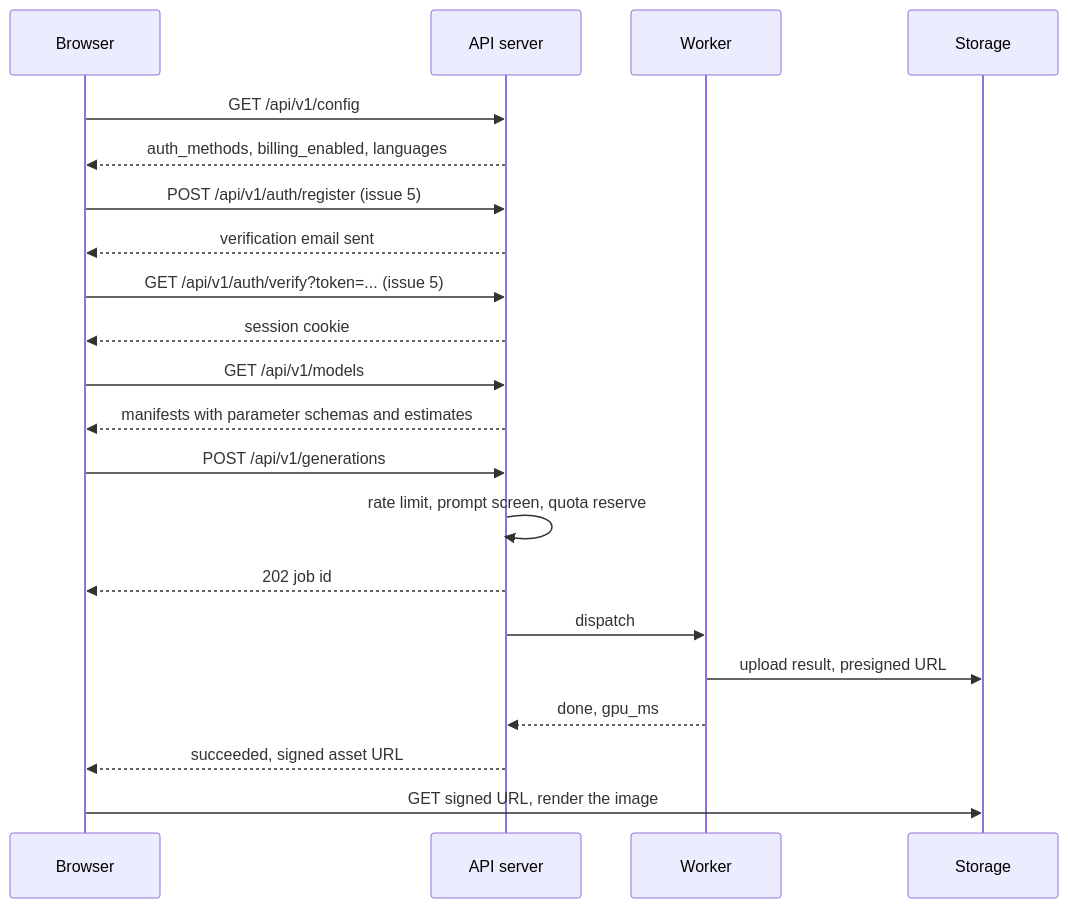
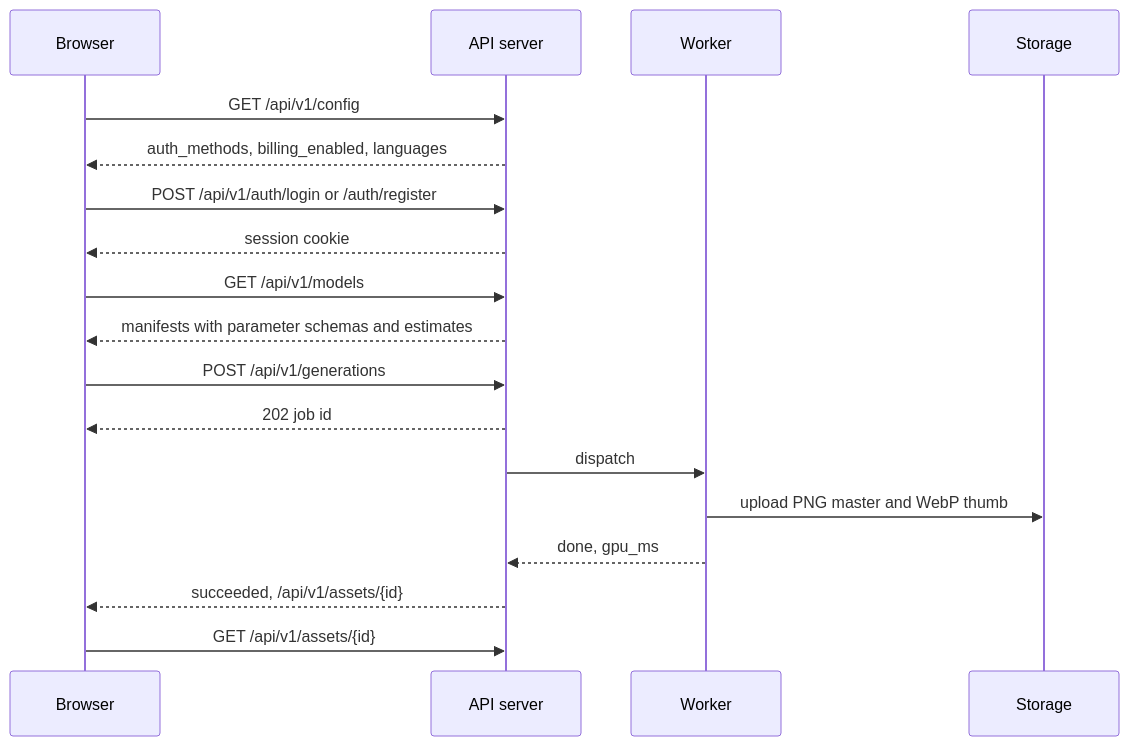
The first of 3 diagrams in docs/api.md (Portocolom-Studio/potocolom), drawn with Mermaid before and after one commit. The commit also changed other lines of this file and 15 other files, not shown here.

````diff
--- a/docs/api.md
+++ b/docs/api.md
@@ -424,23 +440,20 @@
 ```mermaid
 sequenceDiagram
     participant B as Browser
     participant A as API server
     participant W as Worker
     participant S as Storage
     B->>A: GET /api/v1/config
     A-->>B: auth_methods, billing_enabled, languages
-    B->>A: POST /api/v1/auth/register (issue 5)
-    A-->>B: verification email sent
-    B->>A: GET /api/v1/auth/verify?token=... (issue 5)
+    B->>A: POST /api/v1/auth/login or /auth/register
     A-->>B: session cookie
     B->>A: GET /api/v1/models
     A-->>B: manifests with parameter schemas and estimates
     B->>A: POST /api/v1/generations
-    A->>A: rate limit, prompt screen, quota reserve
     A-->>B: 202 job id
     A->>W: dispatch
-    W->>S: upload result, presigned URL
+    W->>S: upload PNG master and WebP thumb
     W-->>A: done, gpu_ms
-    A-->>B: succeeded, signed asset URL
-    B->>S: GET signed URL, render the image
+    A-->>B: succeeded, /api/v1/assets/{id}
+    B->>A: GET /api/v1/assets/{id}
 ```
````
